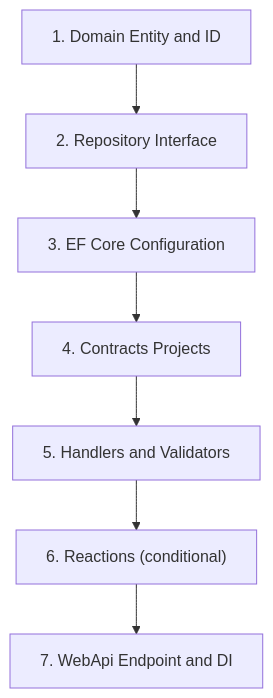
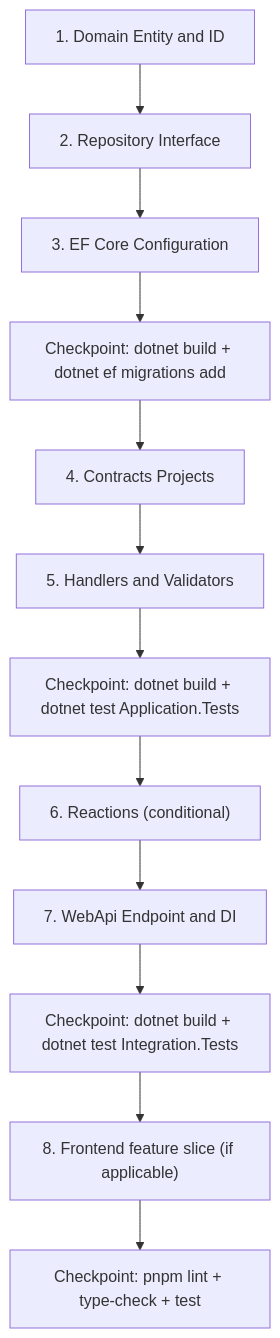
One commit to Litenova-Solutions/Engineering-Standards changed the diagram in docs/conventions/shared/agentic-guardrails.md. Above: the diagram before and after it, drawn with Mermaid. The commit also changed other lines of this file and 20 other files, not shown here.

````diff
--- a/docs/conventions/shared/agentic-guardrails.md
+++ b/docs/conventions/shared/agentic-guardrails.md
@@ -63,17 +63,27 @@
 ```mermaid
 graph TD
     Step1["1. Domain Entity and ID"]
     Step2["2. Repository Interface"]
     Step3["3. EF Core Configuration"]
+    Step3b["Checkpoint: dotnet build + dotnet ef migrations add"]
     Step4["4. Contracts Projects"]
     Step5["5. Handlers and Validators"]
+    Step5b["Checkpoint: dotnet build + dotnet test Application.Tests"]
     Step6["6. Reactions (conditional)"]
     Step7["7. WebApi Endpoint and DI"]
+    Step7b["Checkpoint: dotnet build + dotnet test Integration.Tests"]
+    Step8["8. Frontend feature slice (if applicable)"]
+    Step8b["Checkpoint: pnpm lint + type-check + test"]
 
     Step1 --> Step2
     Step2 --> Step3
-    Step3 --> Step4
+    Step3 --> Step3b
+    Step3b --> Step4
     Step4 --> Step5
-    Step5 --> Step6
+    Step5 --> Step5b
+    Step5b --> Step6
     Step6 --> Step7
+    Step7 --> Step7b
+    Step7b --> Step8
+    Step8 --> Step8b
 ```
````
